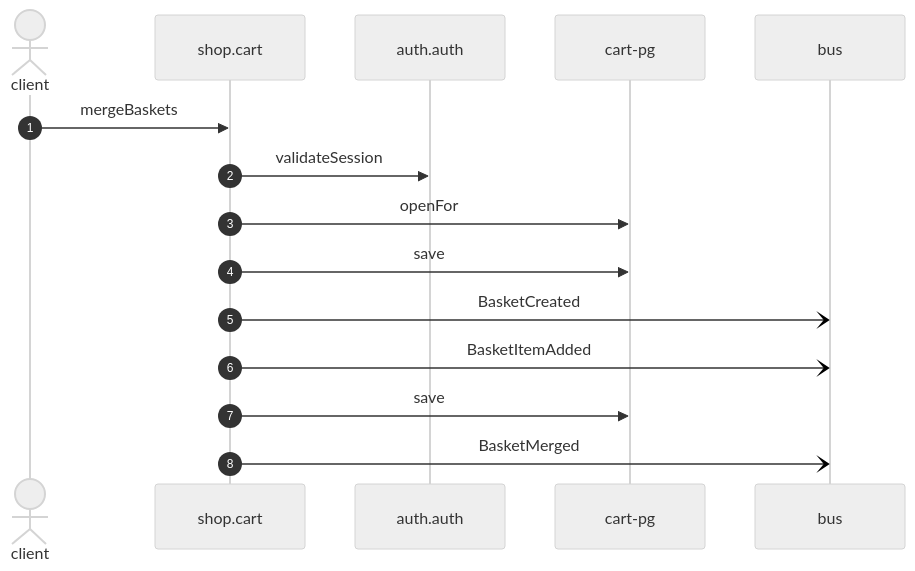
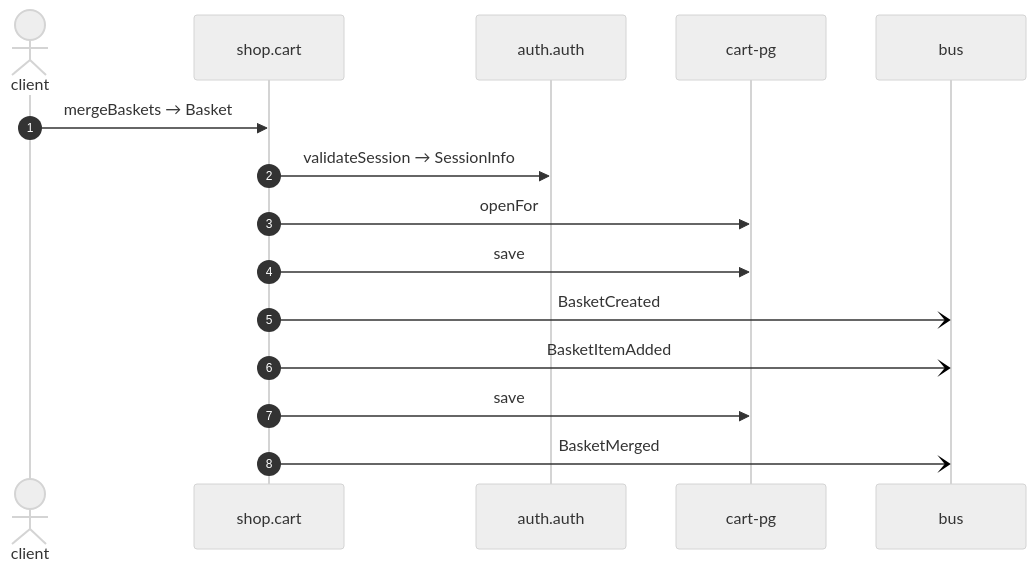
The diagram in docs/flows/cart-merge-baskets.md (shortlink-org/portolan), drawn with Mermaid (neutral theme) before and after one commit. The commit also changed other lines of this file and 87 other files, not shown here.

````diff
--- a/docs/flows/cart-merge-baskets.md
+++ b/docs/flows/cart-merge-baskets.md
@@ -21,17 +21,17 @@
 ```mermaid
 sequenceDiagram
     autonumber
     actor p0 as client
     participant p1 as shop.cart
     participant p2 as auth.auth
     participant p3 as cart-pg
     participant p4 as bus
-    p0->>p1: mergeBaskets
-    p1->>p2: validateSession
+    p0->>p1: mergeBaskets → Basket
+    p1->>p2: validateSession → SessionInfo
     p1->>p3: openFor
     p1->>p3: save
     p1-)p4: BasketCreated
     p1-)p4: BasketItemAdded
     p1->>p3: save
     p1-)p4: BasketMerged
 ```
````
